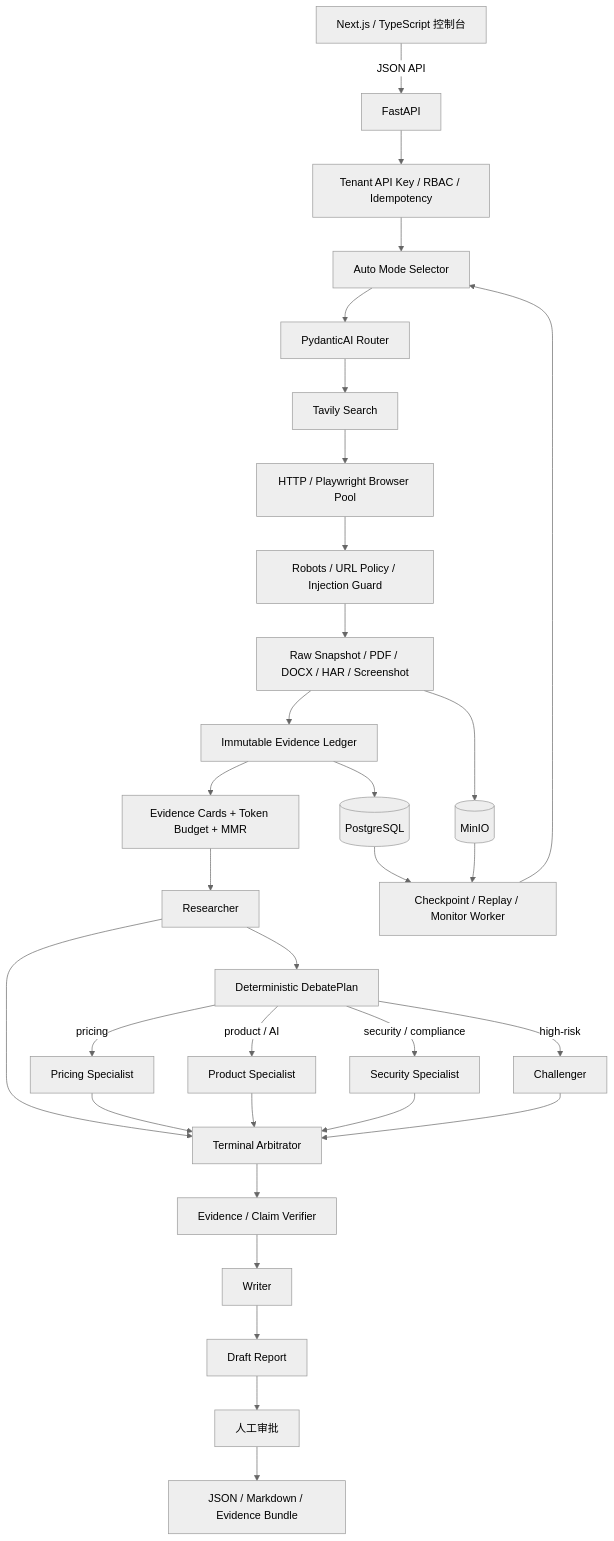
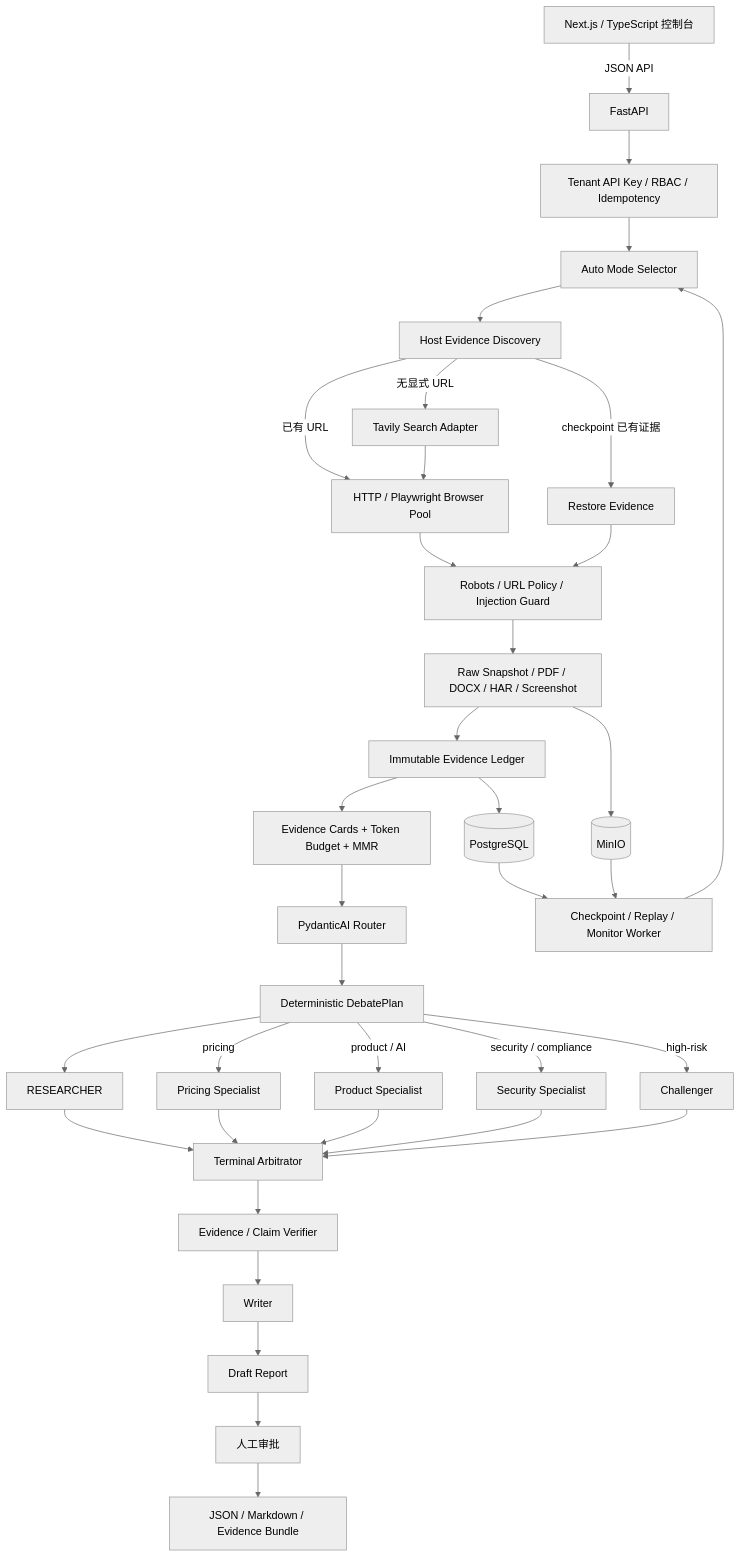
The diagram in README.md (oswine/competitor-pilot), drawn with Mermaid (neutral theme) before and after one commit. The commit also changed other lines of this file, not shown here.

Commit message:
docs: clarify host-managed search flow

````diff
--- a/README.md
+++ b/README.md
@@ -24,34 +24,38 @@
 ```mermaid
 flowchart TD
     UI[Next.js / TypeScript 控制台] -->|JSON API| API[FastAPI]
     API --> AUTH[Tenant API Key / RBAC / Idempotency]
     AUTH --> MODE[Auto Mode Selector]
-    MODE --> ROUTER[PydanticAI Router]
-    ROUTER --> SEARCH[Tavily Search]
-    SEARCH --> BROWSER[HTTP / Playwright Browser Pool]
+    MODE --> DISCOVER[Host Evidence Discovery]
+    DISCOVER -->|无显式 URL| SEARCH[Tavily Search Adapter]
+    DISCOVER -->|已有 URL| BROWSER[HTTP / Playwright Browser Pool]
+    SEARCH --> BROWSER
+    DISCOVER -->|checkpoint 已有证据| RESTORE[Restore Evidence]
     BROWSER --> GUARD[Robots / URL Policy / Injection Guard]
+    RESTORE --> GUARD
     GUARD --> RAW[Raw Snapshot / PDF / DOCX / HAR / Screenshot]
     RAW --> MINIO[(MinIO)]
     RAW --> LEDGER[Immutable Evidence Ledger]
     LEDGER --> PG[(PostgreSQL)]
     LEDGER --> CARDS[Evidence Cards + Token Budget + MMR]
-    CARDS --> RESEARCHER[Researcher]
-    RESEARCHER --> PLAN[Deterministic DebatePlan]
+    CARDS --> ROUTER[PydanticAI Router]
+    ROUTER --> PLAN[Deterministic DebatePlan]
+    PLAN --> RESEARCHER
     PLAN -->|pricing| PRICING[Pricing Specialist]
     PLAN -->|product / AI| PRODUCT[Product Specialist]
     PLAN -->|security / compliance| SECURITY[Security Specialist]
     PLAN -->|high-risk| CHALLENGER[Challenger]
     RESEARCHER --> ARBITRATOR[Terminal Arbitrator]
     PRICING --> ARBITRATOR
     PRODUCT --> ARBITRATOR
     SECURITY --> ARBITRATOR
     CHALLENGER --> ARBITRATOR
     ARBITRATOR --> VERIFY[Evidence / Claim Verifier]
     VERIFY --> WRITER[Writer]
     WRITER --> REPORT[Draft Report]
     REPORT --> APPROVAL[人工审批]
     APPROVAL --> EXPORT[JSON / Markdown / Evidence Bundle]
     PG --> REPLAY[Checkpoint / Replay / Monitor Worker]
     MINIO --> REPLAY
     REPLAY --> MODE
 ```
````
